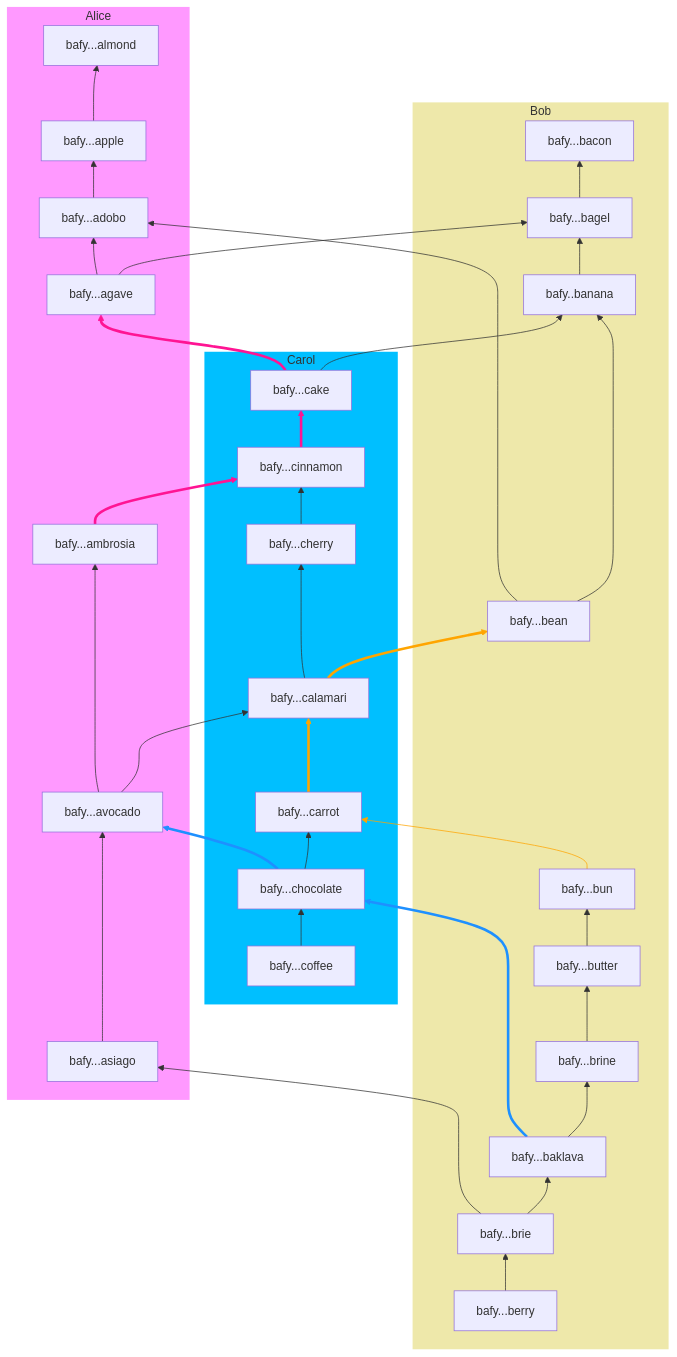
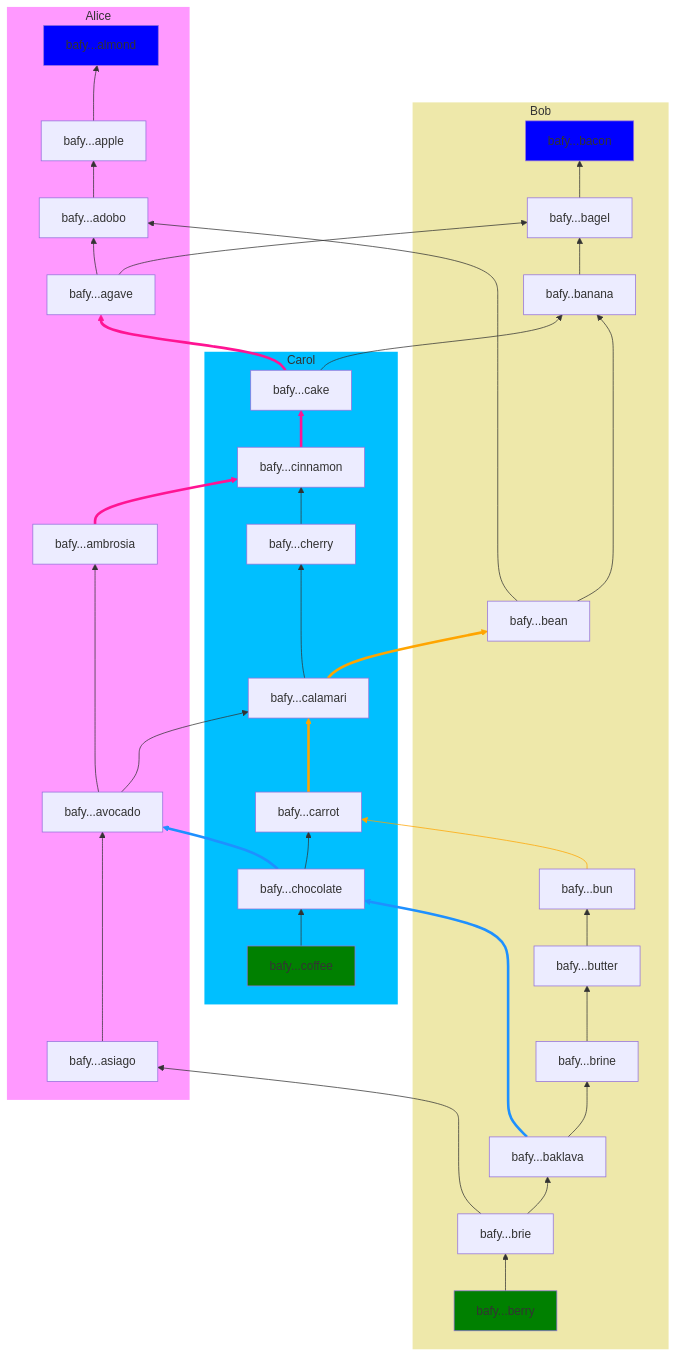
One commit to RhizomeDB/spec changed the third of 5 diagrams in README.md. Above: the diagram before and after it, drawn with Mermaid. The commit also changed other lines of this file, not shown here.

Commit message:
Colourize

````diff
--- a/README.md
+++ b/README.md
@@ -450,8 +450,11 @@
 ``` mermaid
 flowchart BT
+    classDef genesis fill: blue;
+    classDef head    fill: green;
+
     style Alice fill:#f9f, stroke-width: 0
     subgraph Alice
-        almond[bafy...almond]
+        almond[bafy...almond]:::genesis
         apple[bafy...apple]
         adobo[bafy...adobo]
         agave[bafy...agave]
@@ -462,16 +465,16 @@
 
     style Bob fill: PaleGoldenRod, stroke-width: 0
     subgraph Bob
-        bacon[bafy...bacon]
+        bacon[bafy...bacon]:::genesis
         bagel[bafy...bagel]
         banana[bafy..banana]
         bean[bafy...bean]
-        berry[bafy...berry]
         bun[bafy...bun]
         brie[bafy...brie]
         butter[bafy...butter]
         brine[bafy...brine]
         baklava[bafy...baklava]
+        berry[bafy...berry]:::head
     end
 
     style Carol fill: DeepSkyBlue, stroke-width: 0
@@ -482,7 +485,7 @@
       calamari[bafy...calamari]
       carrot[bafy...carrot]
       chocolate[bafy...chocolate]
-      coffee[bafy...coffee]
+      coffee[bafy...coffee]:::head
     end
 
     apple --> almond
````
